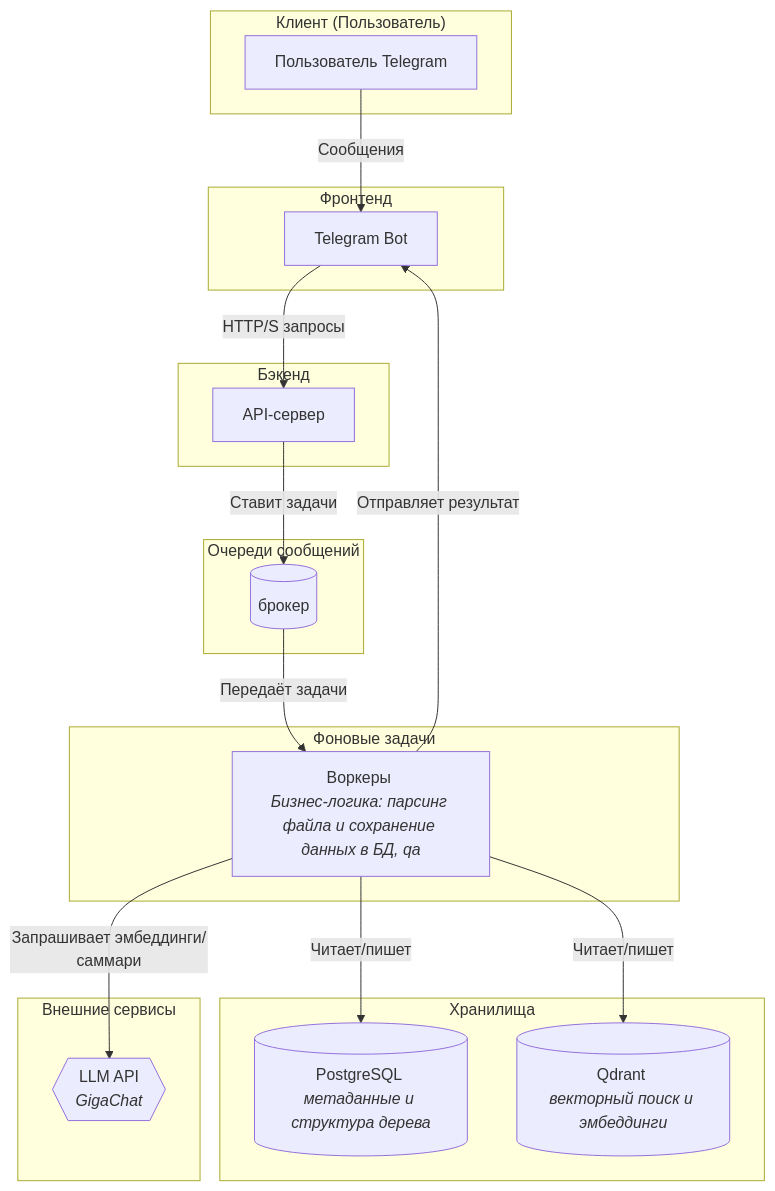
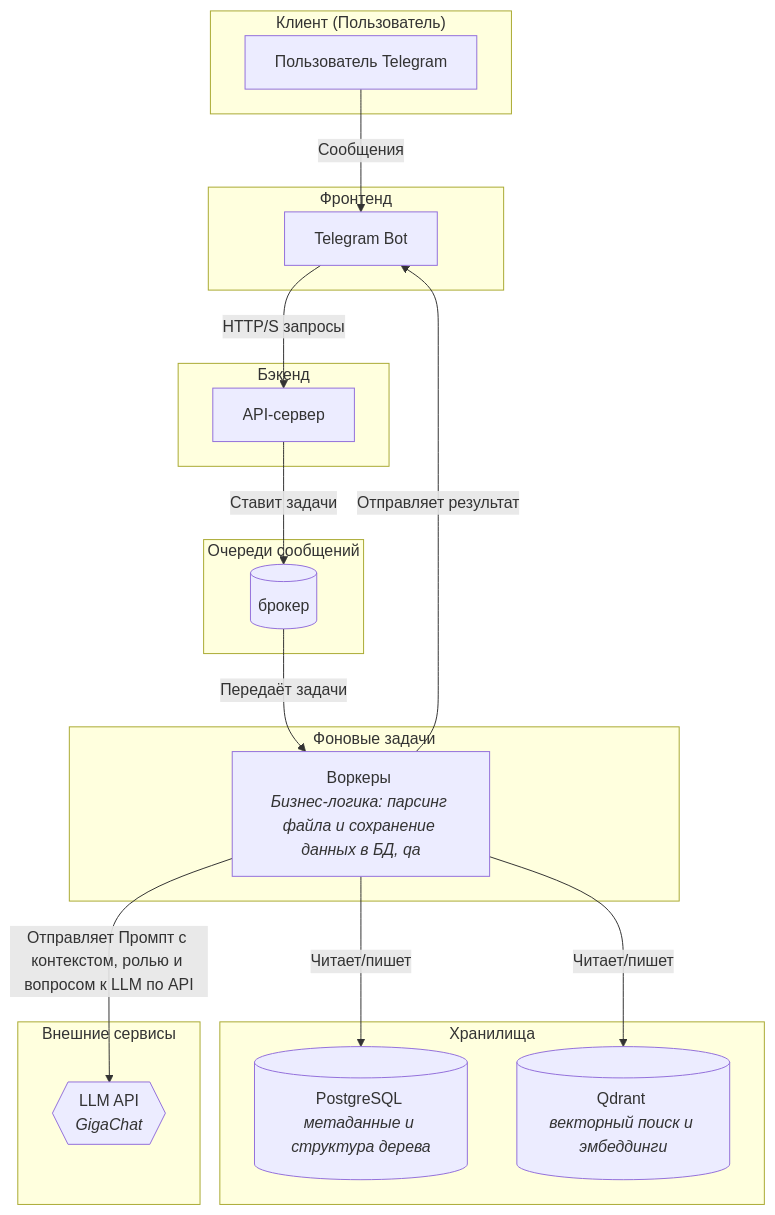
One commit to patolog123/Analyst-3.0 changed the diagram in Анастасия_Друзьянова/architect.MD. Above: the diagram before and after it, drawn with Mermaid.

````diff
--- a/Анастасия_Друзьянова/architect.MD
+++ b/Анастасия_Друзьянова/architect.MD
@@ -1,41 +1,41 @@
 ```mermaid
 graph TD
     subgraph "Клиент (Пользователь)"
         A[Пользователь Telegram]
     end
 
     subgraph "Фронтенд"
         B[Telegram Bot]
     end
 
     subgraph "Бэкенд"
         C[API-сервер]
     end
 
     subgraph "Очереди сообщений"
         J[(брокер)]
     end
 
     subgraph "Фоновые задачи"
         F[Воркеры <br><i>Бизнес-логика: парсинг файла и сохранение данных в БД, qa</i>]
     end
 
     subgraph "Хранилища"
         G[(PostgreSQL <br><i>метаданные и структура дерева</i>)]
         I[(Qdrant <br><i>векторный поиск и эмбеддинги</i>)]
     end
 
     subgraph "Внешние сервисы"
         H{{LLM API <br><i>GigaChat</i>}}
     end
 
     %% Связи между компонентами
     A -- Сообщения --> B
     B -- HTTP/S запросы --> C
     C -- Ставит задачи --> J
     J -- Передаёт задачи --> F
-    F -- Запрашивает эмбеддинги/саммари --> H
+    F -- Отправляет Промпт с контекстом, ролью и вопросом к LLM по API --> H
     F -- Читает/пишет --> G
     F -- Читает/пишет --> I
     F -- Отправляет результат --> B
 ```
````
